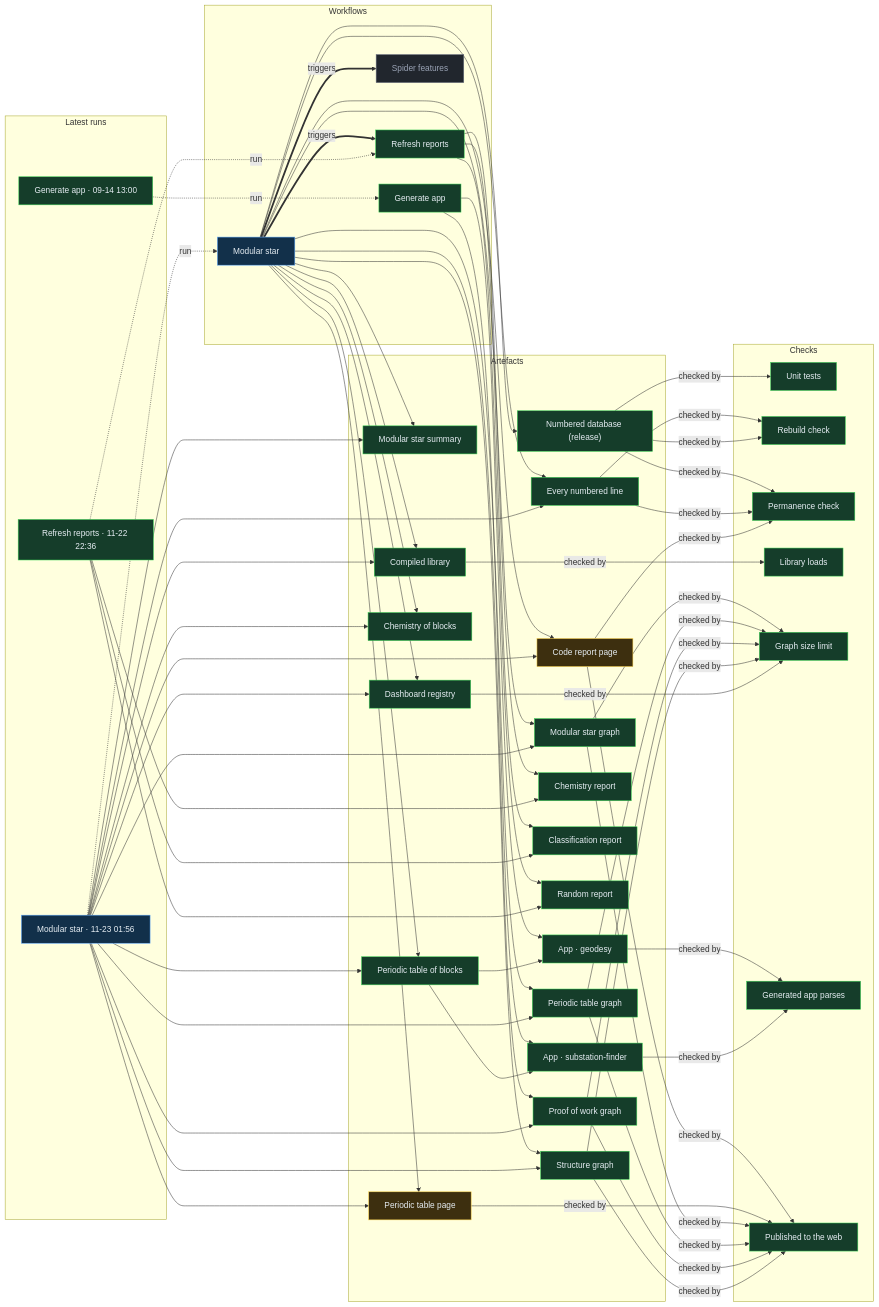
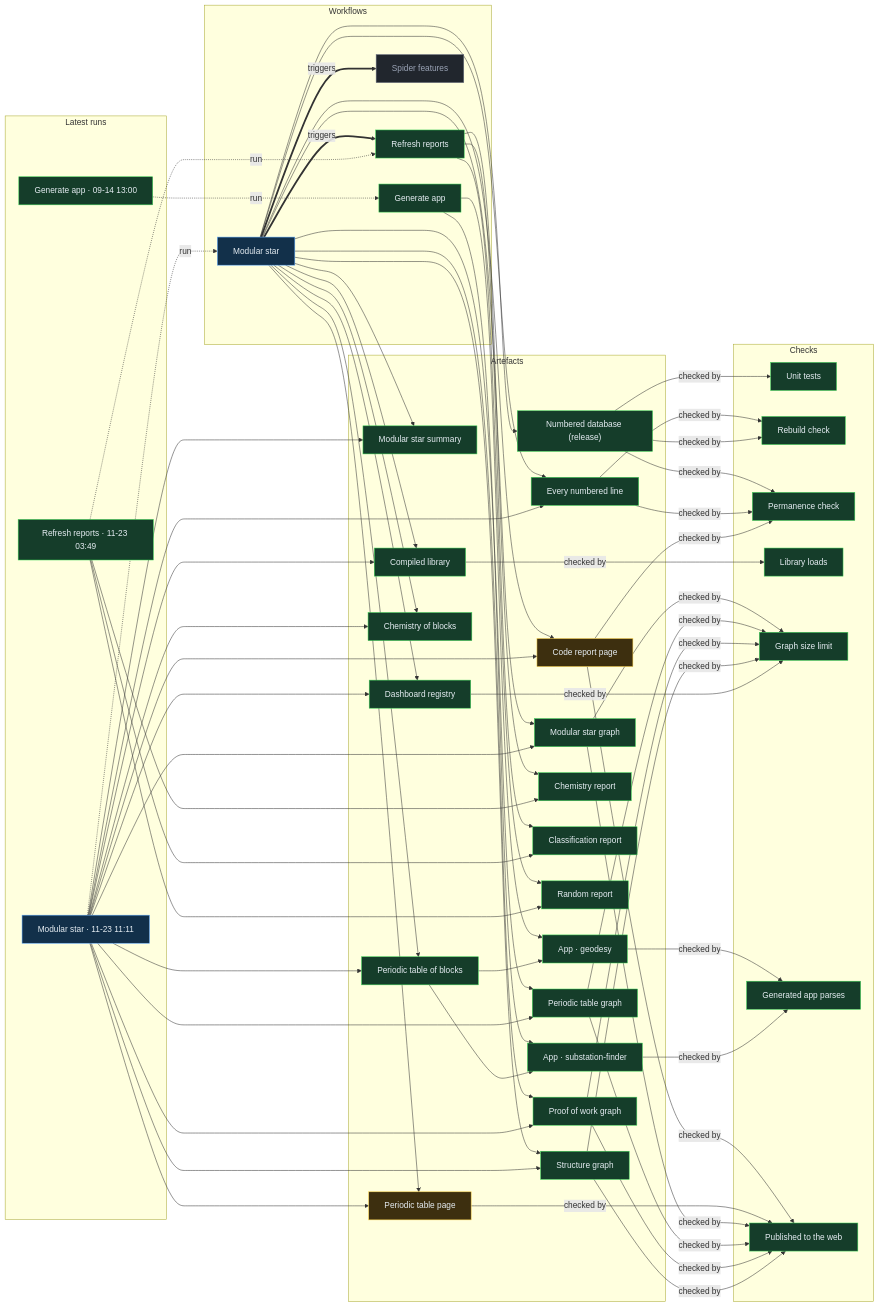
One commit to Ventusltd/stars changed the diagram in proof/PROOF.md. Above: the diagram before and after it, drawn with Mermaid. The commit also changed other lines of this file and 167 other files, not shown here.

Commit message:
Modular star 2026-11-23T11:14Z

```diff
--- a/proof/PROOF.md
+++ b/proof/PROOF.md
@@ -24,8 +24,8 @@
   n_wf_spider_features["Spider features"]:::off
   end
   subgraph g_runs["Latest runs"]
-  n_run_45097378110["Modular star · 11-23 01:56"]:::live
-  n_run_45078682605["Refresh reports · 11-22 22:36"]:::ok
+  n_run_45162967263["Modular star · 11-23 11:11"]:::live
+  n_run_45108244544["Refresh reports · 11-23 03:49"]:::ok
   n_run_34846587798["Generate app · 09-14 13:00"]:::ok
   end
   subgraph g_artefacts["Artefacts"]
@@ -59,39 +59,39 @@
   end
   n_wf_modular_star == triggers ==> n_wf_refresh
   n_wf_modular_star == triggers ==> n_wf_spider_features
-  n_run_45097378110 -. run .-> n_wf_modular_star
-  n_run_45078682605 -. run .-> n_wf_refresh
+  n_run_45162967263 -. run .-> n_wf_modular_star
+  n_run_45108244544 -. run .-> n_wf_refresh
   n_run_34846587798 -. run .-> n_wf_generate
   n_wf_modular_star --> n_art_summary
-  n_run_45097378110 --> n_art_summary
+  n_run_45162967263 --> n_art_summary
   n_wf_modular_star --> n_art_lines
-  n_run_45097378110 --> n_art_lines
+  n_run_45162967263 --> n_art_lines
   n_wf_modular_star --> n_art_code
-  n_run_45097378110 --> n_art_code
+  n_run_45162967263 --> n_art_code
   n_wf_modular_star --> n_art_modular_graph
-  n_run_45097378110 --> n_art_modular_graph
+  n_run_45162967263 --> n_art_modular_graph
   n_wf_modular_star --> n_art_blocks
-  n_run_45097378110 --> n_art_blocks
+  n_run_45162967263 --> n_art_blocks
   n_wf_modular_star --> n_art_table
-  n_run_45097378110 --> n_art_table
+  n_run_45162967263 --> n_art_table
   n_wf_modular_star --> n_art_blocks_graph
-  n_run_45097378110 --> n_art_blocks_graph
+  n_run_45162967263 --> n_art_blocks_graph
   n_wf_modular_star --> n_art_reactions
-  n_run_45097378110 --> n_art_reactions
+  n_run_45162967263 --> n_art_reactions
   n_wf_modular_star --> n_art_library
-  n_run_45097378110 --> n_art_library
+  n_run_45162967263 --> n_art_library
   n_wf_modular_star --> n_art_features
-  n_run_45097378110 --> n_art_features
+  n_run_45162967263 --> n_art_features
   n_wf_modular_star --> n_art_proof
-  n_run_45097378110 --> n_art_proof
+  n_run_45162967263 --> n_art_proof
   n_wf_modular_star --> n_art_structure
-  n_run_45097378110 --> n_art_structure
+  n_run_45162967263 --> n_art_structure
   n_wf_refresh --> n_art_chemistry
-  n_run_45078682605 --> n_art_chemistry
+  n_run_45108244544 --> n_art_chemistry
   n_wf_refresh --> n_art_vedic
-  n_run_45078682605 --> n_art_vedic
+  n_run_45108244544 --> n_art_vedic
   n_wf_refresh --> n_art_random
-  n_run_45078682605 --> n_art_random
+  n_run_45108244544 --> n_art_random
   n_wf_modular_star --> n_art_release
   n_wf_generate --> n_app_geodesy
   n_art_blocks --> n_app_geodesy
```
